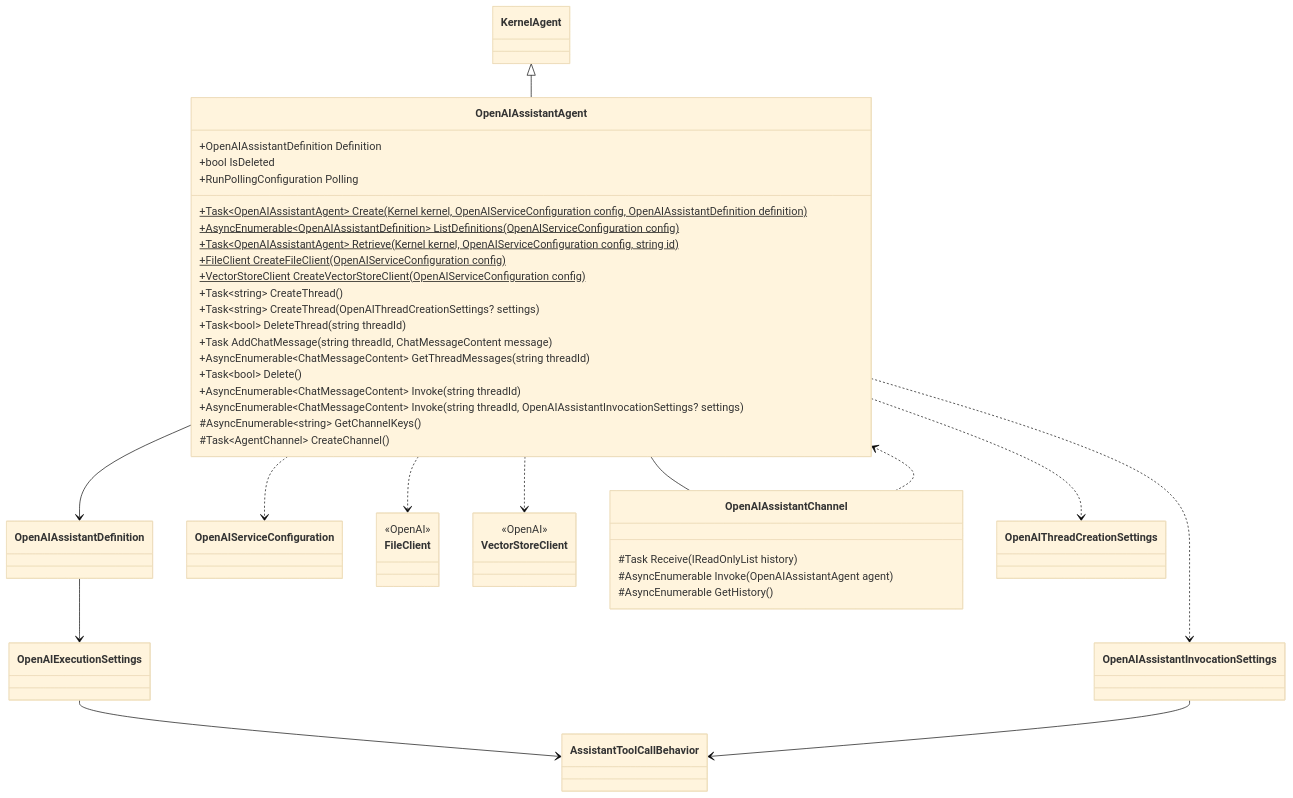
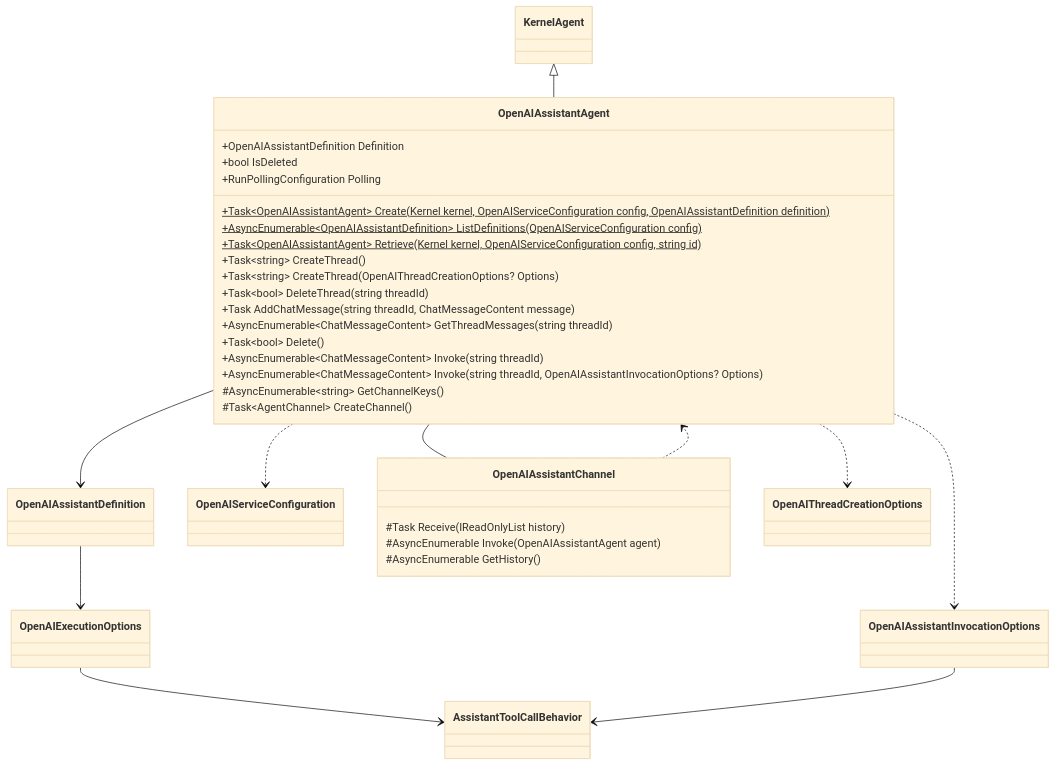
Before and after one commit to microsoft/semantic-kernel: the diagram in docs/decisions/diagrams/assistant-agent.mmd, drawn with Mermaid (base theme). The commit also changed 10 other files, not shown here.

```diff
--- a/docs/decisions/diagrams/assistant-agent.mmd
+++ b/docs/decisions/diagrams/assistant-agent.mmd
@@ -1,55 +1,43 @@
 classDiagram
 
     KernelAgent
     OpenAIAssistantDefinition
-    OpenAIAssistantDefinition --> OpenAIExecutionSettings
-    OpenAIExecutionSettings
-    OpenAIExecutionSettings --> AssistantToolCallBehavior
+    OpenAIAssistantDefinition --> OpenAIExecutionOptions
+    OpenAIExecutionOptions
+    OpenAIExecutionOptions --> AssistantToolCallBehavior
     OpenAIServiceConfiguration
-    OpenAIAssistantInvocationSettings
-    OpenAIAssistantInvocationSettings --> AssistantToolCallBehavior
-    OpenAIThreadCreationSettings
+    OpenAIAssistantInvocationOptions
+    OpenAIAssistantInvocationOptions --> AssistantToolCallBehavior
+    OpenAIThreadCreationOptions
 
     KernelAgent <|-- OpenAIAssistantAgent
     OpenAIAssistantAgent ..> OpenAIServiceConfiguration
-    OpenAIAssistantAgent ..> FileClient
-    OpenAIAssistantAgent ..> VectorStoreClient
     OpenAIAssistantAgent -- OpenAIAssistantChannel
     OpenAIAssistantAgent --> OpenAIAssistantDefinition
-    OpenAIAssistantAgent ..> OpenAIAssistantInvocationSettings
-    OpenAIAssistantAgent ..> OpenAIThreadCreationSettings
+    OpenAIAssistantAgent ..> OpenAIAssistantInvocationOptions
+    OpenAIAssistantAgent ..> OpenAIThreadCreationOptions
     class OpenAIAssistantAgent {
         +OpenAIAssistantDefinition Definition
         +bool IsDeleted
         +RunPollingConfiguration Polling
         +Task~OpenAIAssistantAgent~ Create(Kernel kernel, OpenAIServiceConfiguration config, OpenAIAssistantDefinition definition)$
         +AsyncEnumerable~OpenAIAssistantDefinition~ ListDefinitions(OpenAIServiceConfiguration config)$
         +Task~OpenAIAssistantAgent~ Retrieve(Kernel kernel, OpenAIServiceConfiguration config, string id)$
-        +FileClient CreateFileClient(OpenAIServiceConfiguration config)$
-        +VectorStoreClient CreateVectorStoreClient(OpenAIServiceConfiguration config)$
         +Task~string~ CreateThread()
-        +Task~string~ CreateThread(OpenAIThreadCreationSettings? settings)
+        +Task~string~ CreateThread(OpenAIThreadCreationOptions? Options)
         +Task~bool~ DeleteThread(string threadId)
         +Task AddChatMessage(string threadId, ChatMessageContent message)
         +AsyncEnumerable~ChatMessageContent~ GetThreadMessages(string threadId)
         +Task~bool~ Delete()
         +AsyncEnumerable~ChatMessageContent~ Invoke(string threadId)
-        +AsyncEnumerable~ChatMessageContent~ Invoke(string threadId, OpenAIAssistantInvocationSettings? settings)
+        +AsyncEnumerable~ChatMessageContent~ Invoke(string threadId, OpenAIAssistantInvocationOptions? Options)
         #AsyncEnumerable~string~ GetChannelKeys()
         #Task~AgentChannel~ CreateChannel()
     }
 
     OpenAIAssistantChannel ..> OpenAIAssistantAgent
     class OpenAIAssistantChannel {
         #Task Receive(IReadOnlyList<ChatMessageContent> history)
         #AsyncEnumerable<ChatMessageContent> Invoke(OpenAIAssistantAgent agent)
         #AsyncEnumerable<ChatMessageContent> GetHistory()
     }
-
-    class FileClient {
-        <<OpenAI>>
-    }
-
-    class VectorStoreClient {
-        <<OpenAI>>
-    }
```
